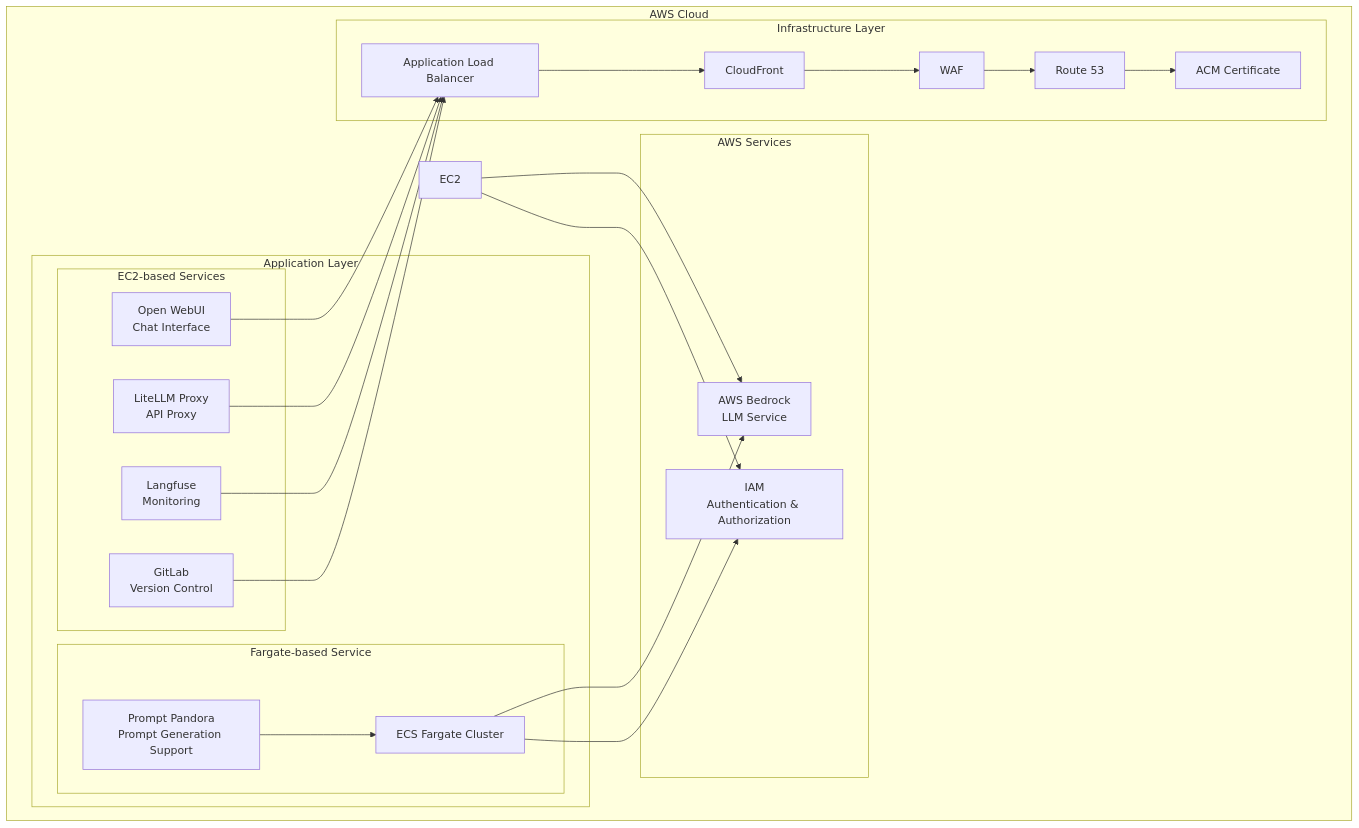
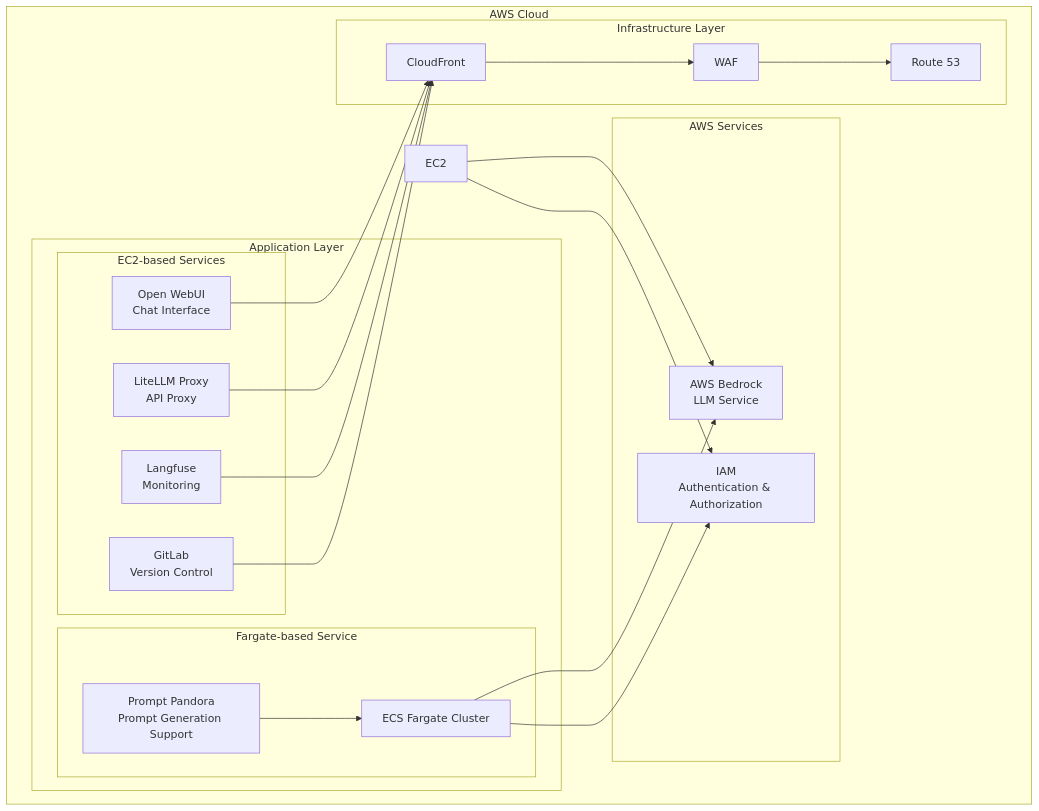
Before and after one commit to Sunwood-ai-labs/AMATERASU: the diagram in docs/README.en.md, drawn with Mermaid. The commit also changed other lines of this file, not shown here.

````diff
--- a/docs/README.en.md
+++ b/docs/README.en.md
@@ -48,47 +49,43 @@
 ```mermaid
 graph TB
     subgraph "AWS Cloud"
         subgraph "Application Layer"
             subgraph "EC2-based Services"
                 OW["Open WebUI<br/>Chat Interface"]
                 LL["LiteLLM Proxy<br/>API Proxy"]
                 LF["Langfuse<br/>Monitoring"]
                 GL["GitLab<br/>Version Control"]
             end
-
+            
             subgraph "Fargate-based Service"
                 PP["Prompt Pandora<br/>Prompt Generation Support"]
                 ECS["ECS Fargate Cluster"]
             end
         end
-
+        
         subgraph "Infrastructure Layer"
-            ALB["Application Load Balancer"]
             CF["CloudFront"]
             WAF["WAF"]
             R53["Route 53"]
-            ACM["ACM Certificate"]
         end
-
+        
         subgraph "AWS Services"
             Bedrock["AWS Bedrock<br/>LLM Service"]
             IAM["IAM<br/>Authentication & Authorization"]
         end
-
-        OW --> ALB
-        LL --> ALB
-        LF --> ALB
-        GL --> ALB
+        
+        OW --> CF
+        LL --> CF
+        LF --> CF
+        GL --> CF
         PP --> ECS
-
-        ALB --> CF
+        
         CF --> WAF
         WAF --> R53
-        R53 --> ACM
-
+        
         EC2 --> Bedrock
         ECS --> Bedrock
         EC2 --> IAM
         ECS --> IAM
     end
 ```
````
